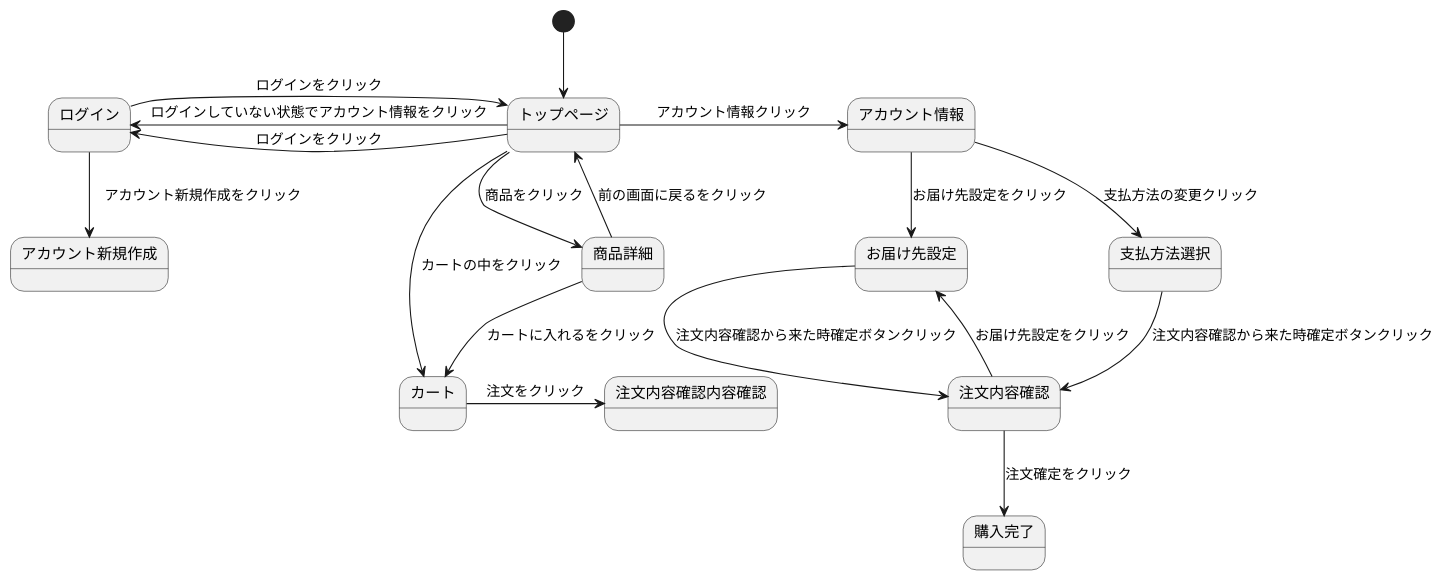
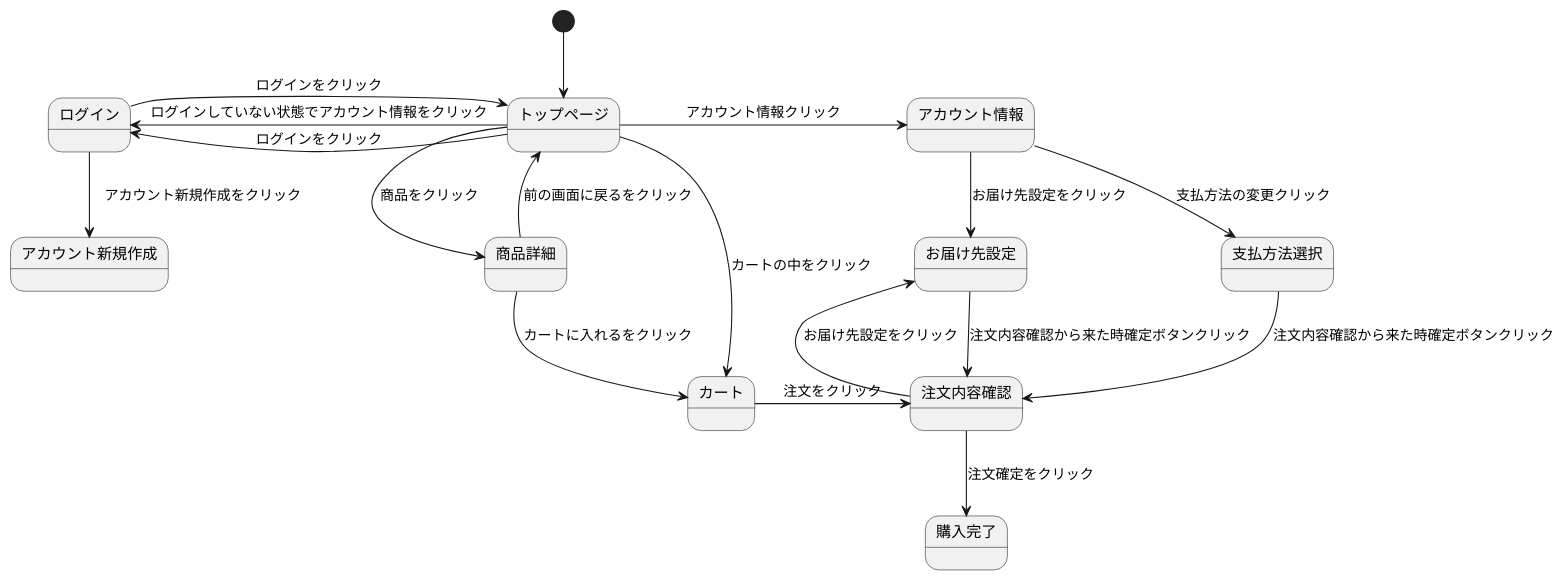
Before and after one commit to Aso2001133/2021sys-design: the diagram in sumple_01.md, drawn with PlantUML.

````diff
--- a/sumple_01.md
+++ b/sumple_01.md
@@ -1,38 +1,38 @@
 ```uml
 @startuml
 [*] --> トップページ 
 
 トップページ -> アカウント情報 : アカウント情報クリック 
 
 トップページ -left-> ログイン : ログインをクリック
 
 トップページ -left-> ログイン : ログインしていない状態でアカウント情報をクリック
 
 トップページ --> 商品詳細 : 商品をクリック 
 
 トップページ ---> カート : カートの中をクリック 
 
 ログイン -> トップページ : ログインをクリック
 
 ログイン --> アカウント新規作成 :　アカウント新規作成をクリック
 
 アカウント情報 --> お届け先設定 : お届け先設定をクリック 
 
 アカウント情報 --> 支払方法選択 : 支払方法の変更クリック
 
 お届け先設定 --> 注文内容確認  : 注文内容確認から来た時確定ボタンクリック
 
 支払方法選択 --> 注文内容確認  : 注文内容確認から来た時確定ボタンクリック
 
 商品詳細 --> カート : カートに入れるをクリック 
 
 商品詳細 --> トップページ : 前の画面に戻るをクリック 
 
-カート -> 注文内容確認内容確認 : 注文をクリック 
+カート -> 注文内容確認 : 注文をクリック 
 
 注文内容確認 --> お届け先設定 : お届け先設定をクリック 
 
 
 注文内容確認 --> 購入完了 : 注文確定をクリック 
 @enduml
 ```
````
